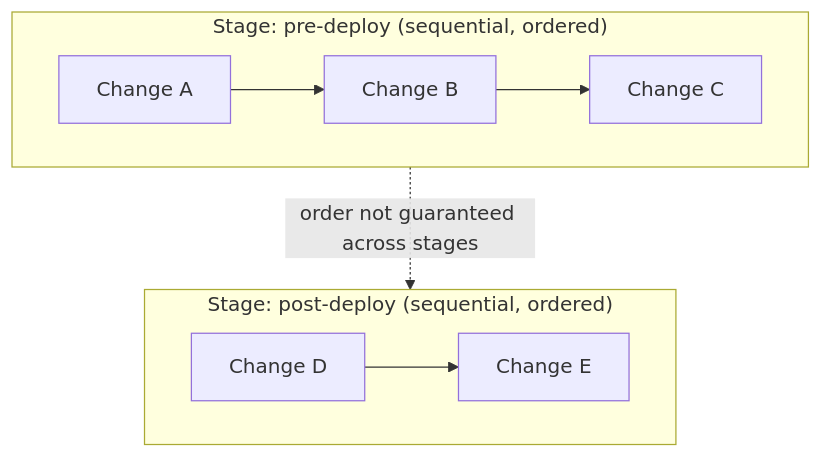
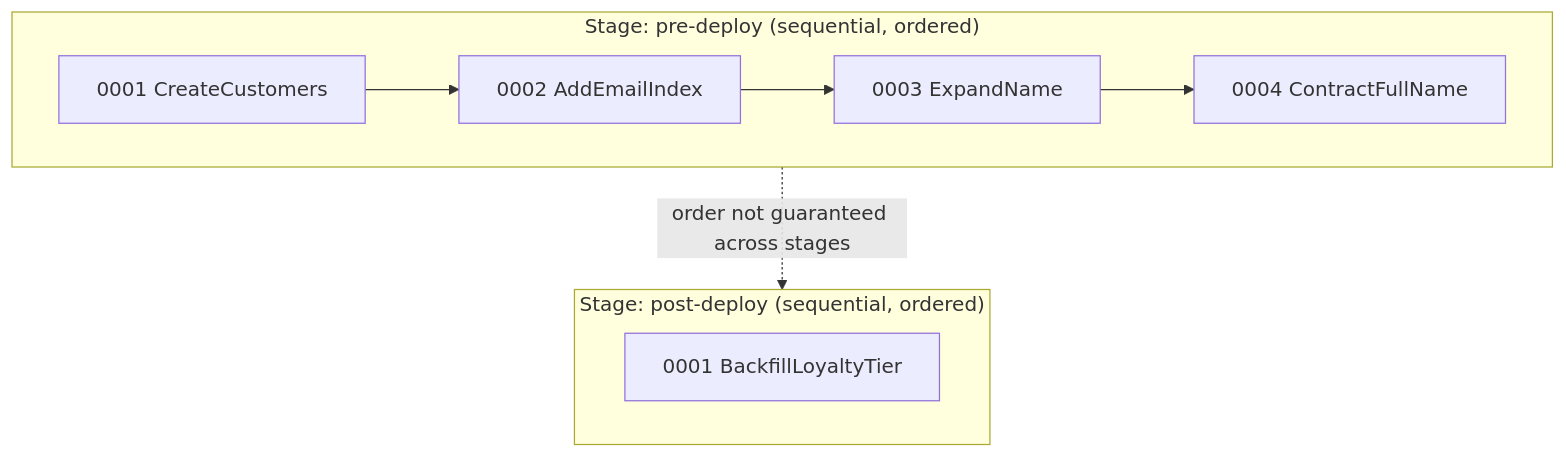
The diagram in modules/ROOT/pages/database/schema-evolution/flamingock-stages-and-pipelines.adoc (albertoirurueta/docs), drawn with Mermaid before and after one commit. The commit also changed other lines of this file and 6182 other files, not shown here.

```diff
--- a/modules/ROOT/pages/database/schema-evolution/flamingock-stages-and-pipelines.adoc
+++ b/modules/ROOT/pages/database/schema-evolution/flamingock-stages-and-pipelines.adoc
@@ -30,11 +97,11 @@
 [mermaid]
 ....
 flowchart TB
     subgraph Stage1["Stage: pre-deploy (sequential, ordered)"]
-        C1[Change A] --> C2[Change B] --> C3[Change C]
+        C1["0001 CreateCustomers"] --> C2["0002 AddEmailIndex"] --> C3["0003 ExpandName"] --> C4["0004 ContractFullName"]
     end
     subgraph Stage2["Stage: post-deploy (sequential, ordered)"]
-        C4[Change D] --> C5[Change E]
+        C5["0001 BackfillLoyaltyTier"]
     end
     Stage1 -.order not guaranteed across stages.-> Stage2
 ....
```
